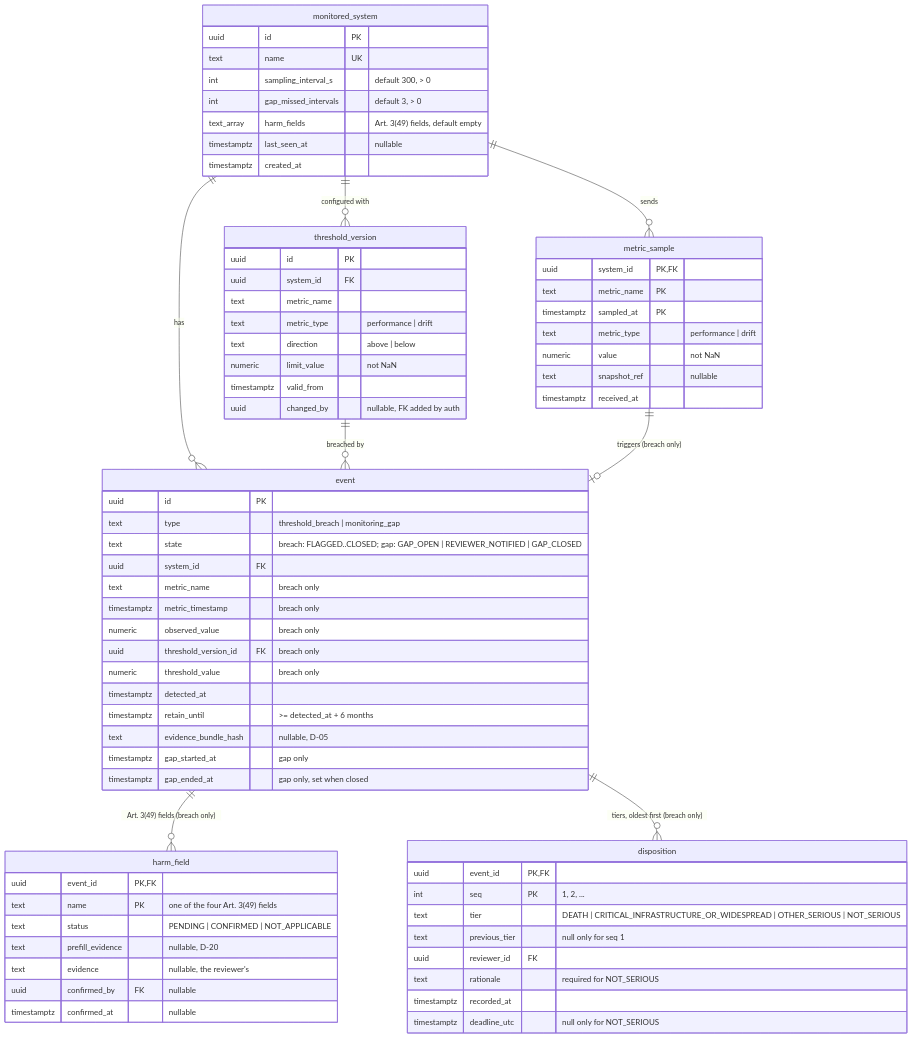
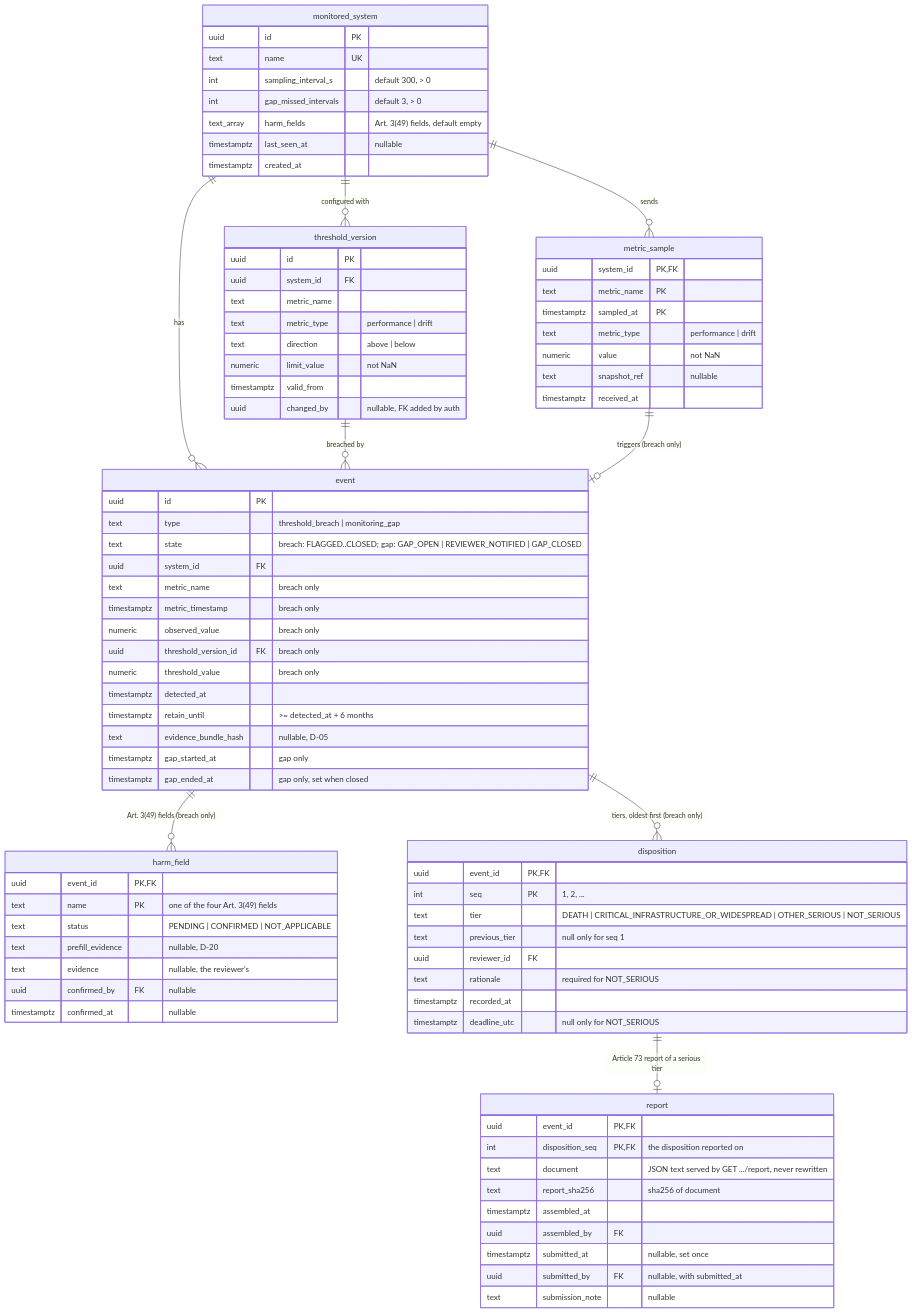
The diagram in docs/database.md (aryan0dhi/ai-compliance-monitor), drawn with Mermaid before and after one commit. The commit also changed other lines of this file and 2 other files, not shown here.

First line of the commit message:
Document report storage and D-25 (#41)

````diff
--- a/docs/database.md
+++ b/docs/database.md
@@ -26,6 +26,7 @@
     metric_sample ||--o| event : "triggers (breach only)"
     event ||--o{ harm_field : "Art. 3(49) fields (breach only)"
     event ||--o{ disposition : "tiers, oldest first (breach only)"
+    disposition ||--o| report : "Article 73 report of a serious tier"
 
     monitored_system {
         uuid id PK
@@ -90,4 +91,15 @@
         timestamptz recorded_at
         timestamptz deadline_utc "null only for NOT_SERIOUS"
     }
+    report {
+        uuid event_id PK,FK
+        int disposition_seq PK,FK "the disposition reported on"
+        text document "JSON text served by GET .../report, never rewritten"
+        text report_sha256 "sha256 of document"
+        timestamptz assembled_at
+        uuid assembled_by FK
+        timestamptz submitted_at "nullable, set once"
+        uuid submitted_by FK "nullable, with submitted_at"
+        text submission_note "nullable"
+    }
 ```
````
